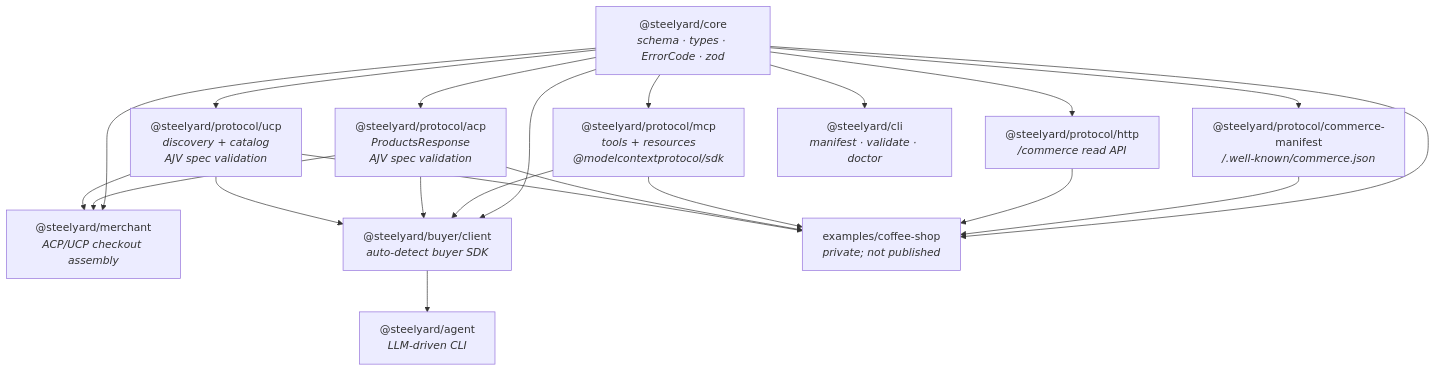
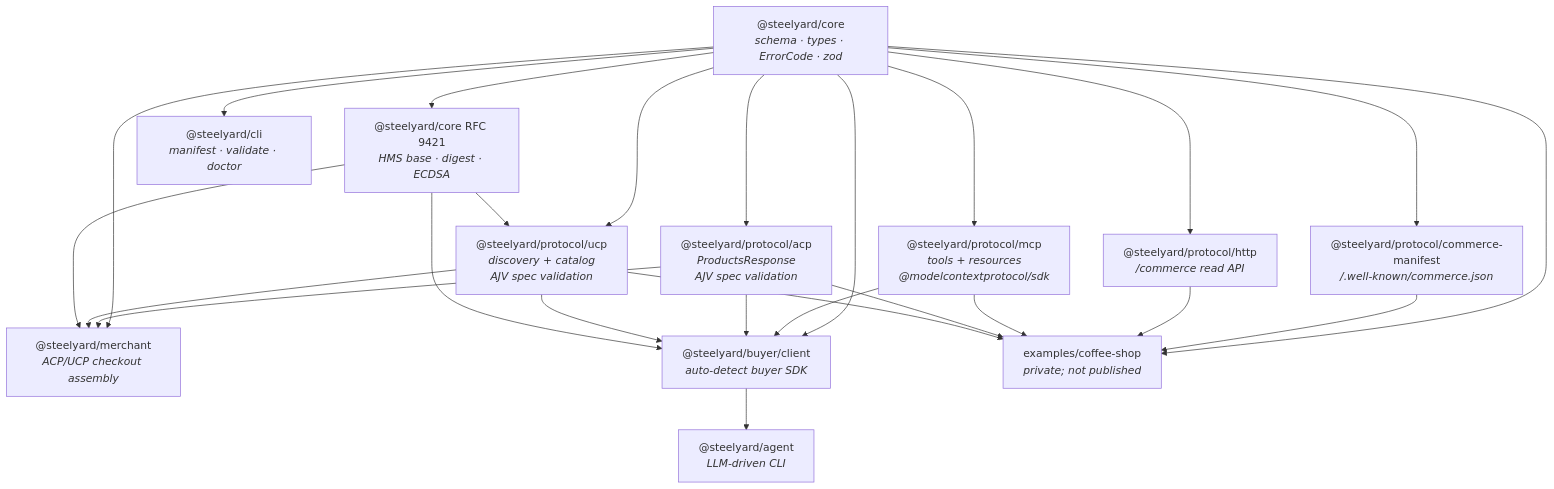
Before and after one commit to steelyard-dev/steelyard-sdk: the first of 3 diagrams in docs/architecture.md, drawn with Mermaid. The commit also changed other lines of this file and 16 other files, not shown here.

````diff
--- a/docs/architecture.md
+++ b/docs/architecture.md
@@ -5,35 +5,40 @@
 ```mermaid
 graph TD
   core["@steelyard/core<br/><i>schema · types · ErrorCode · zod</i>"]
   cm["@steelyard/protocol/commerce-manifest<br/><i>/.well-known/commerce.json</i>"]
   http["@steelyard/protocol/http<br/><i>/commerce read API</i>"]
   mcp["@steelyard/protocol/mcp<br/><i>tools + resources<br/>@modelcontextprotocol/sdk</i>"]
   acp["@steelyard/protocol/acp<br/><i>ProductsResponse<br/>AJV spec validation</i>"]
   ucp["@steelyard/protocol/ucp<br/><i>discovery + catalog<br/>AJV spec validation</i>"]
+  hms["@steelyard/core RFC 9421<br/><i>HMS base · digest · ECDSA</i>"]
   merchant["@steelyard/merchant<br/><i>ACP/UCP checkout assembly</i>"]
   client["@steelyard/buyer/client<br/><i>auto-detect buyer SDK</i>"]
   agent["@steelyard/agent<br/><i>LLM-driven CLI</i>"]
   cli["@steelyard/cli<br/><i>manifest · validate · doctor</i>"]
   example["examples/coffee-shop<br/><i>private; not published</i>"]
 
   core --> cm
   core --> http
   core --> mcp
   core --> acp
   core --> ucp
+  core --> hms
   core --> client
   core --> merchant
   core --> cli
   acp --> merchant
   ucp --> merchant
   mcp --> client
   acp --> client
   ucp --> client
+  hms --> ucp
+  hms --> merchant
+  hms --> client
   client --> agent
   core --> example
   cm --> example
   http --> example
   mcp --> example
   acp --> example
   ucp --> example
 ```
````
